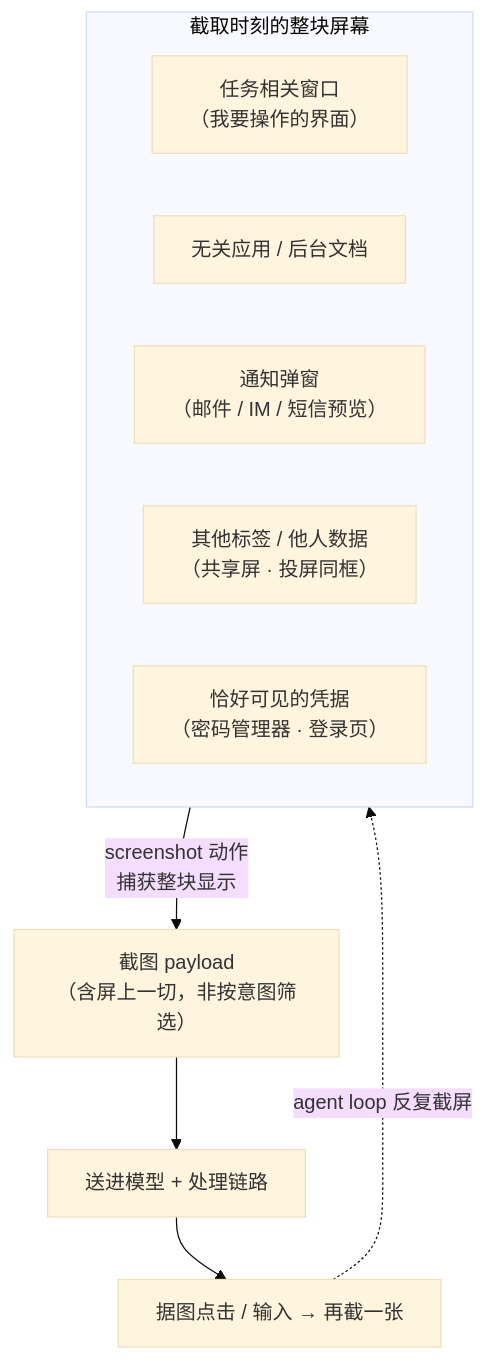
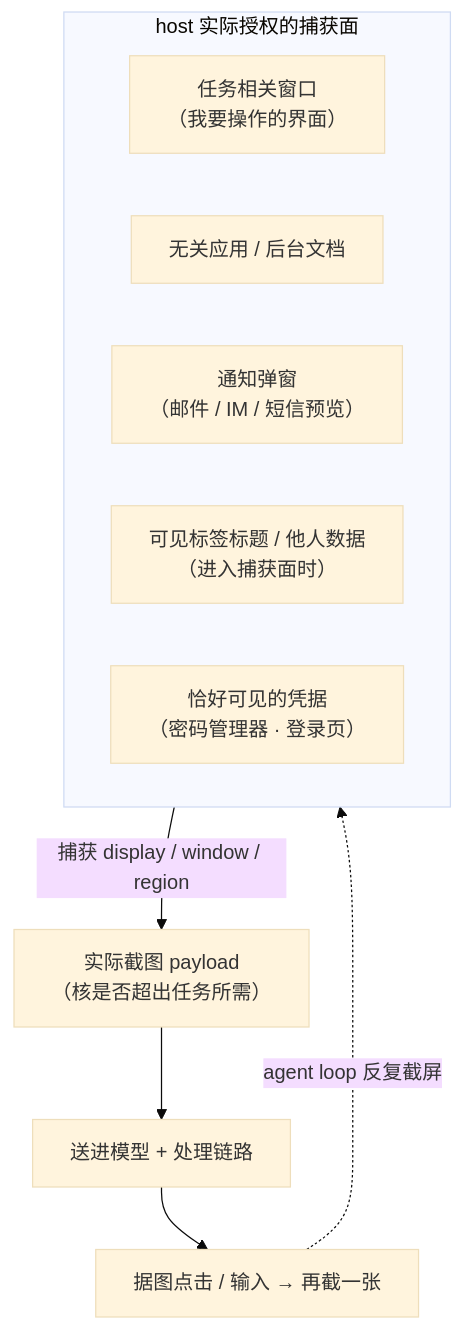
One commit to XuebinMa/AIWiki changed the diagram in privacy/04-rag-agents/computer-use-screen-capture-privacy.mdx. Above: the diagram before and after it, drawn with Mermaid (base theme). The commit also changed other lines of this file and 325 other files, not shown here.

````diff
--- a/privacy/04-rag-agents/computer-use-screen-capture-privacy.mdx
+++ b/privacy/04-rag-agents/computer-use-screen-capture-privacy.mdx
@@ -36,14 +39,14 @@
 ```mermaid
 flowchart TB
-    subgraph SCREEN["截取时刻的整块屏幕"]
+    subgraph SCREEN["host 实际授权的捕获面"]
       T["任务相关窗口<br/>（我要操作的界面）"]
       I1["无关应用 / 后台文档"]
       I2["通知弹窗<br/>（邮件 / IM / 短信预览）"]
-      I3["其他标签 / 他人数据<br/>（共享屏 · 投屏同框）"]
+      I3["可见标签标题 / 他人数据<br/>（进入捕获面时）"]
       I4["恰好可见的凭据<br/>（密码管理器 · 登录页）"]
     end
-    SCREEN -->|"screenshot 动作<br/>捕获整块显示"| SHOT["截图 payload<br/>（含屏上一切，非按意图筛选）"]
+    SCREEN -->|"捕获 display / window / region"| SHOT["实际截图 payload<br/>（核是否超出任务所需）"]
     SHOT --> M["送进模型 + 处理链路"]
     M --> LOOP["据图点击 / 输入 → 再截一张"]
     LOOP -.->|"agent loop 反复截屏"| SCREEN
 ```
````
